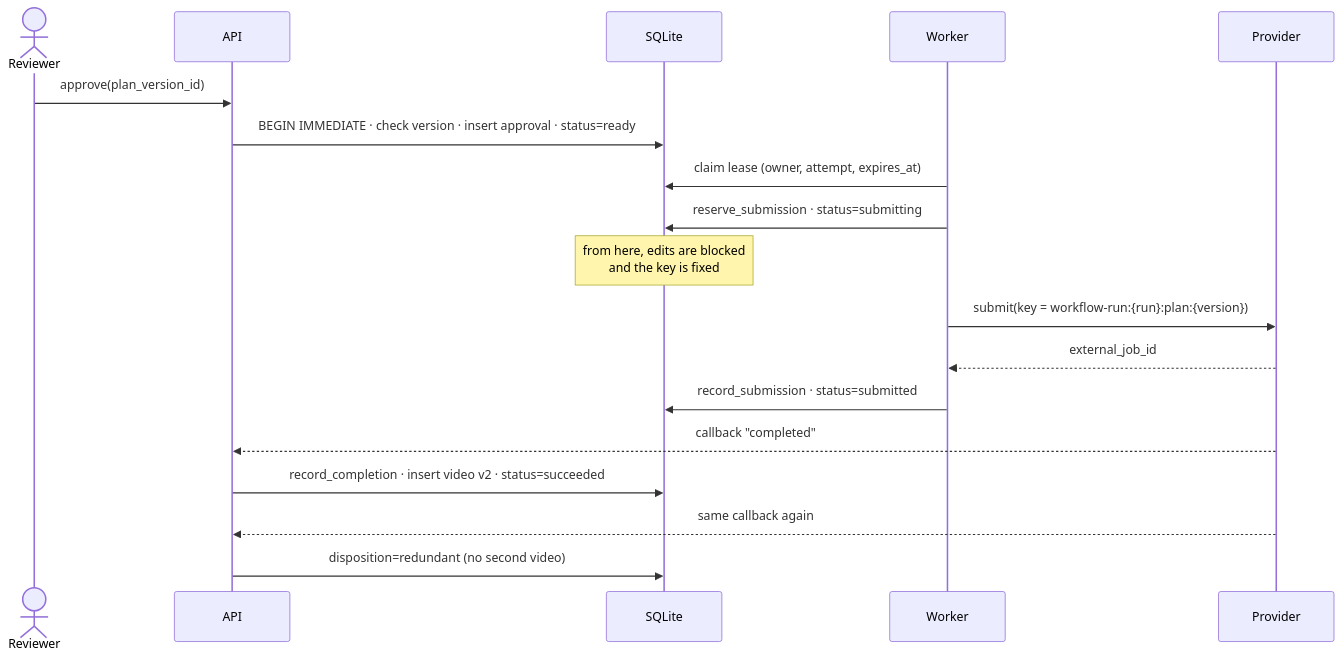
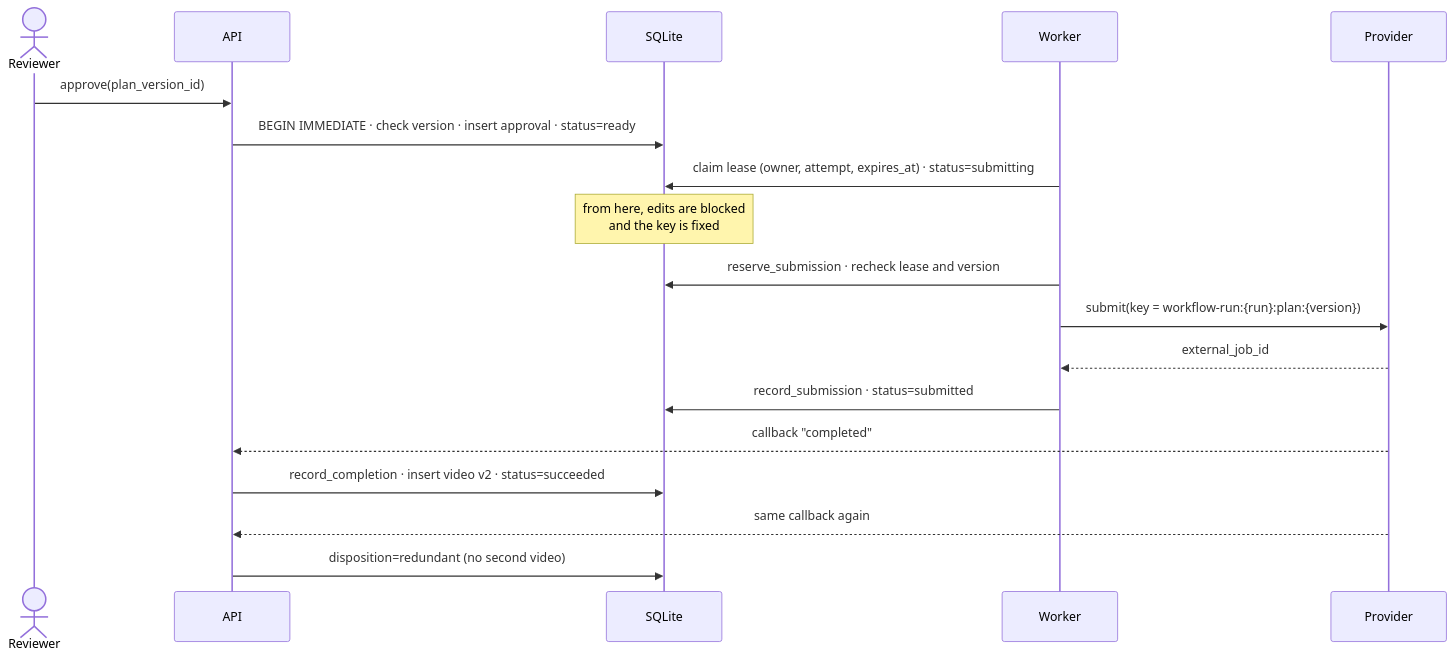
One commit to woolnerd/media-qc-agent changed the ninth of 15 diagrams in docs/diagrams.md. Above: the diagram before and after it, drawn with Mermaid. The commit also changed other lines of this file and 1 other file, not shown here.

First line of the commit message:
docs(diagrams): add evaluation and observability, fix lifecycle gaps

````diff
--- a/docs/diagrams.md
+++ b/docs/diagrams.md
@@ -327,21 +335,21 @@
 ```mermaid
 sequenceDiagram
     actor R as Reviewer
     participant A as API
     participant DB as SQLite
     participant W as Worker
     participant P as Provider
 
     R->>A: approve(plan_version_id)
     A->>DB: BEGIN IMMEDIATE · check version · insert approval · status=ready
-    W->>DB: claim lease (owner, attempt, expires_at)
-    W->>DB: reserve_submission · status=submitting
+    W->>DB: claim lease (owner, attempt, expires_at) · status=submitting
     Note over DB: from here, edits are blocked<br/>and the key is fixed
+    W->>DB: reserve_submission · recheck lease and version
     W->>P: submit(key = workflow-run:{run}:plan:{version})
     P-->>W: external_job_id
     W->>DB: record_submission · status=submitted
     P-->>A: callback "completed"
     A->>DB: record_completion · insert video v2 · status=succeeded
     P-->>A: same callback again
     A->>DB: disposition=redundant (no second video)
 ```
````
